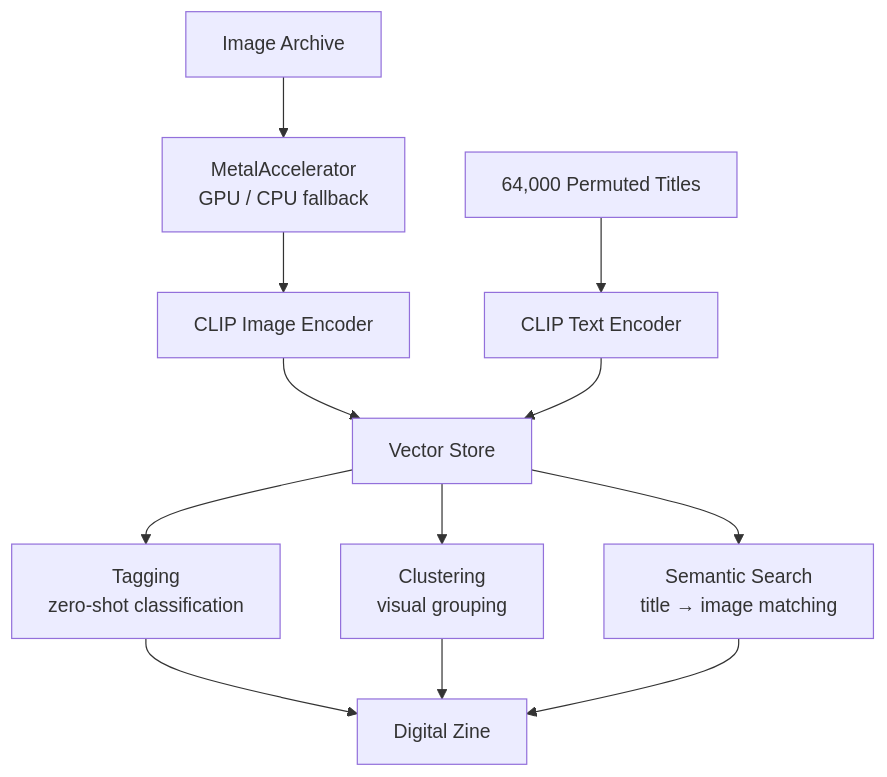
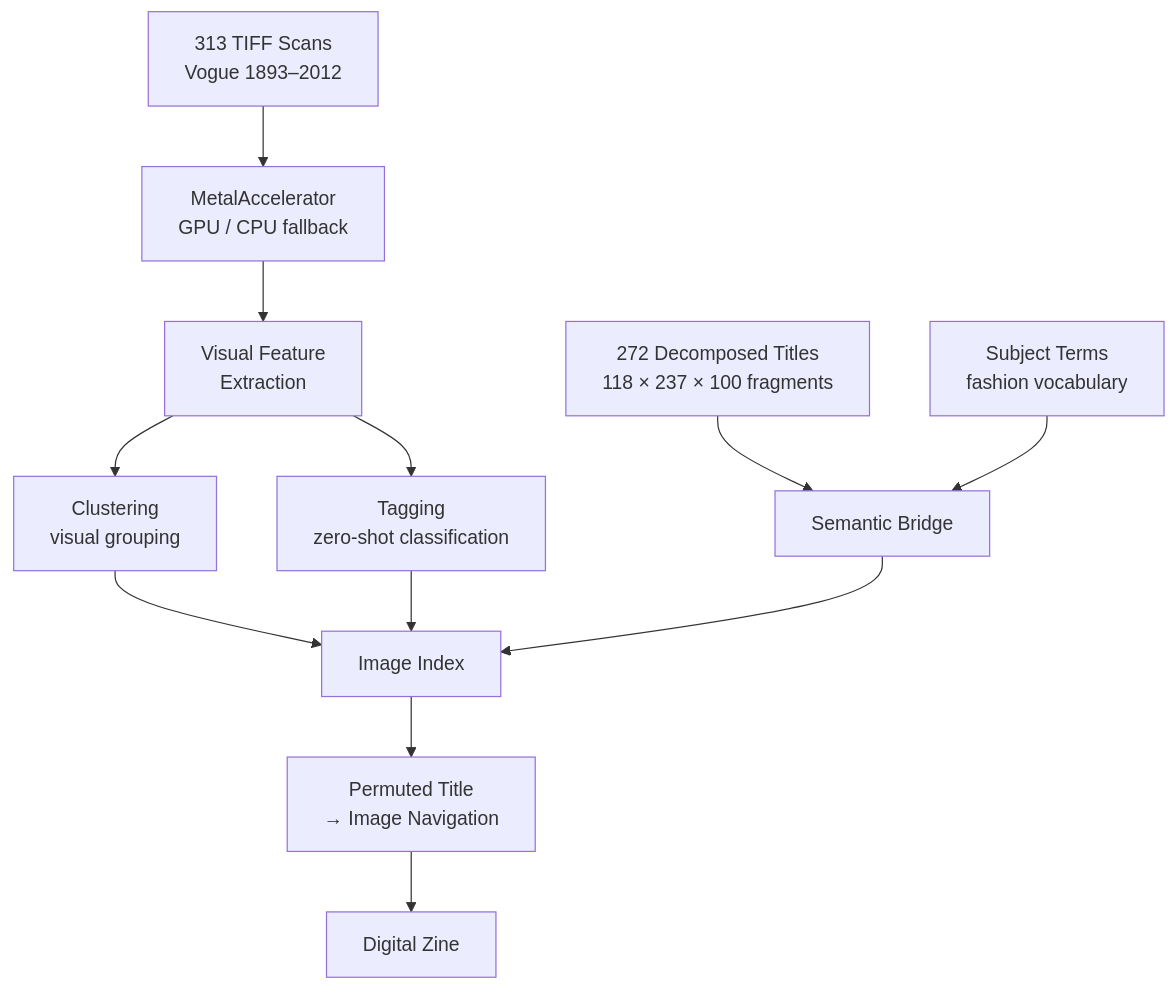
The diagram in README.md (joaodotwork/potential-match), drawn with Mermaid before and after one commit. The commit also changed other lines of this file and 1 other file, not shown here.

Commit message:
Document archive structure: 313 Vogue TIFFs, 272 decomposed titles, permutation navigation
Source material from ProQuest Vogue Archive (1893–2012), collaboration
with Linda van Deursen. Titles decomposed into 3-part fragments
(118 openers × 237 middles × 100 closers) as navigational interface.

````diff
--- a/README.md
+++ b/README.md
@@ -11,21 +13,26 @@
 ```mermaid
 flowchart TD
-    Archive["Image Archive"] --> GPU["MetalAccelerator
+    Archive["313 TIFF Scans
+    Vogue 1893–2012"] --> GPU["MetalAccelerator
     GPU / CPU fallback"]
-    Titles["64,000 Permuted Titles"] --> Embed["CLIP Text Encoder"]
 
-    GPU --> ImgEmbed["CLIP Image Encoder"]
-    ImgEmbed --> VecDB["Vector Store"]
-    Embed --> VecDB
+    Titles["272 Decomposed Titles
+    118 × 237 × 100 fragments"] --> Semantic["Semantic Bridge"]
+    Meta["Subject Terms
+    fashion vocabulary"] --> Semantic
 
-    VecDB --> Tag["Tagging
+    GPU --> Features["Visual Feature
+    Extraction"]
+    Features --> Cluster["Clustering
+    visual grouping"]
+    Features --> Tag["Tagging
     zero-shot classification"]
-    VecDB --> Cluster["Clustering
-    visual grouping"]
-    VecDB --> Search["Semantic Search
-    title → image matching"]
 
-    Tag --> Zine["Digital Zine"]
-    Cluster --> Zine
-    Search --> Zine
+    Cluster --> Index["Image Index"]
+    Tag --> Index
+    Semantic --> Index
+
+    Index --> Search["Permuted Title
+    → Image Navigation"]
+    Search --> Zine["Digital Zine"]
 ```
````
